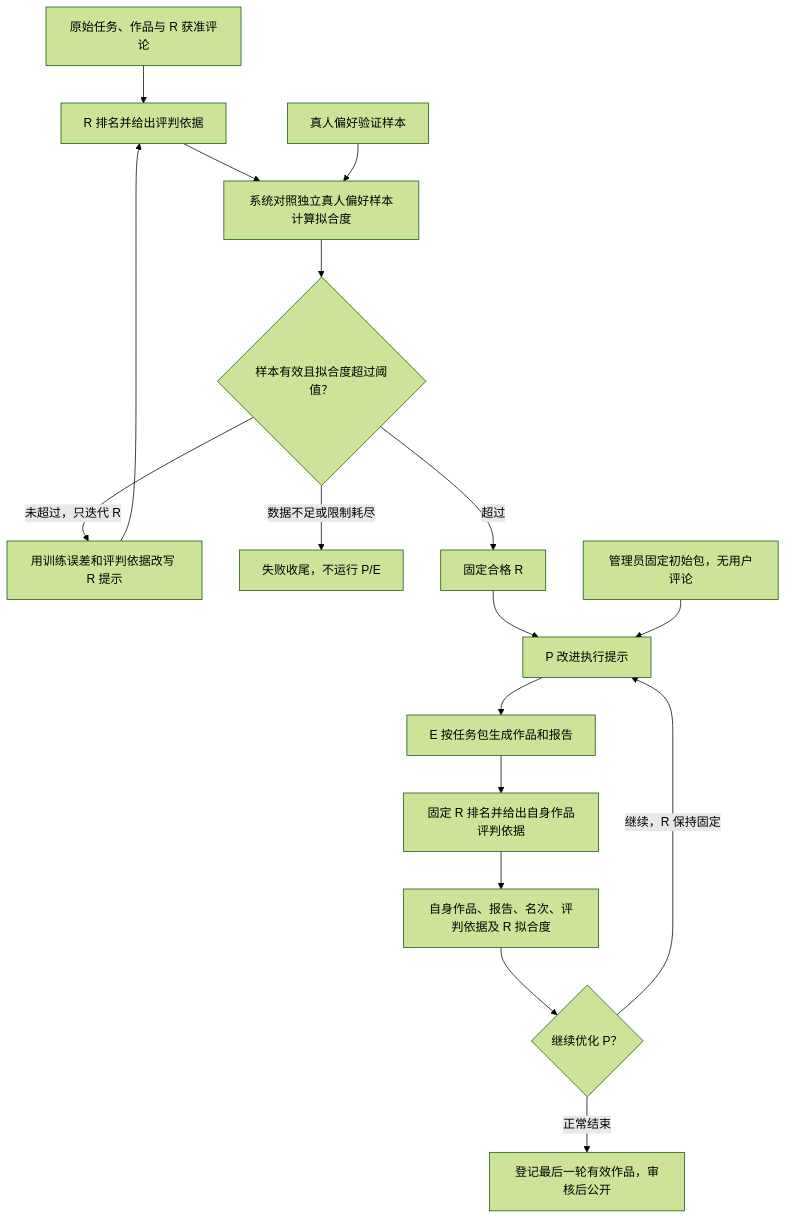
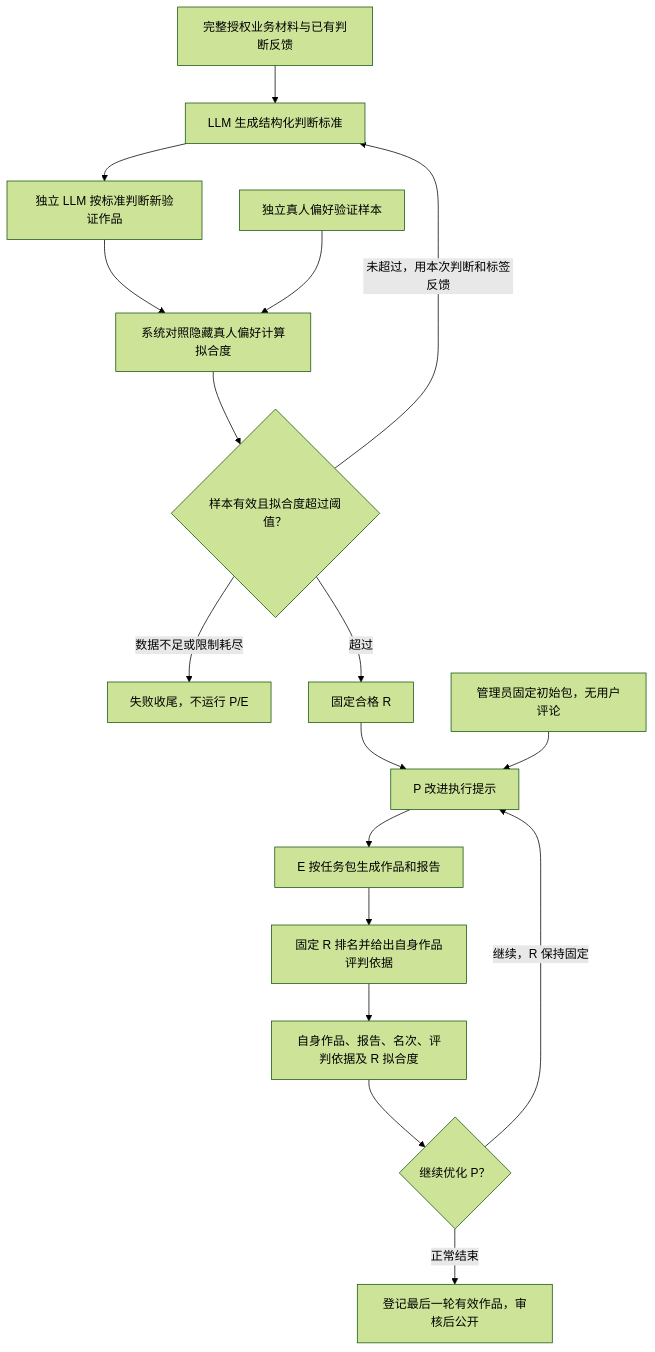
Before and after one commit to KDZZZZZZ/human-worth: the diagram in docs/backend-challenge.md, drawn with Mermaid (forest theme). The commit also changed other lines of this file and 25 other files, not shown here.

````diff
--- a/docs/backend-challenge.md
+++ b/docs/backend-challenge.md
@@ -197,19 +198,19 @@
 ```mermaid
 flowchart TB
-    sample["原始任务、作品与 R 获准评论"] --> rank["R 排名并给出评判依据"]
-    rank --> score["系统对照独立真人偏好样本计算拟合度"]
-    human["真人偏好验证样本"] --> score
+    sample["完整授权业务材料与已有判断反馈"] --> refine["LLM 生成结构化判断标准"]
+    refine --> rank["独立 LLM 按标准判断新验证作品"]
+    rank --> score["系统对照隐藏真人偏好计算拟合度"]
+    human["独立真人偏好验证样本"] --> score
     score --> gate{"样本有效且拟合度超过阈值？"}
-    gate -->|"未超过，只迭代 R"| refine["用训练误差和评判依据改写 R 提示"]
-    refine --> rank
+    gate -->|"未超过，用本次判断和标签反馈"| refine
     gate -->|"数据不足或限制耗尽"| fail["失败收尾，不运行 P/E"]
     gate -->|"超过"| freeze["固定合格 R"]
     freeze --> packer["P 改进执行提示"]
     initial["管理员固定初始包，无用户评论"] --> packer
     packer --> executor["E 按任务包生成作品和报告"]
     executor --> judge["固定 R 排名并给出自身作品评判依据"]
     judge --> feedback["自身作品、报告、名次、评判依据及 R 拟合度"]
     feedback --> next{"继续优化 P？"}
     next -->|"继续，R 保持固定"| packer
     next -->|"正常结束"| review["登记最后一轮有效作品，审核后公开"]
 ```
````
